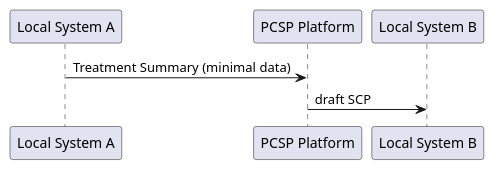
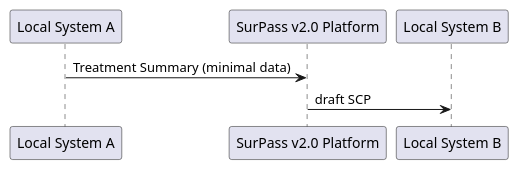
The diagram in input/images-source/sequence-2.plantuml (hl7-eu/pcsp), drawn with PlantUML before and after one commit. The commit also changed 8 other files, not shown here.

```diff
--- a/input/images-source/sequence-2.plantuml
+++ b/input/images-source/sequence-2.plantuml
@@ -1,4 +1,4 @@
 @startuml
-"Local System A" -> "PCSP Platform" : Treatment Summary (minimal data)
-"PCSP Platform" -> "Local System B" : draft SCP
+"Local System A" -> "SurPass v2.0 Platform" : Treatment Summary (minimal data)
+"SurPass v2.0 Platform" -> "Local System B" : draft SCP
 @enduml
```
